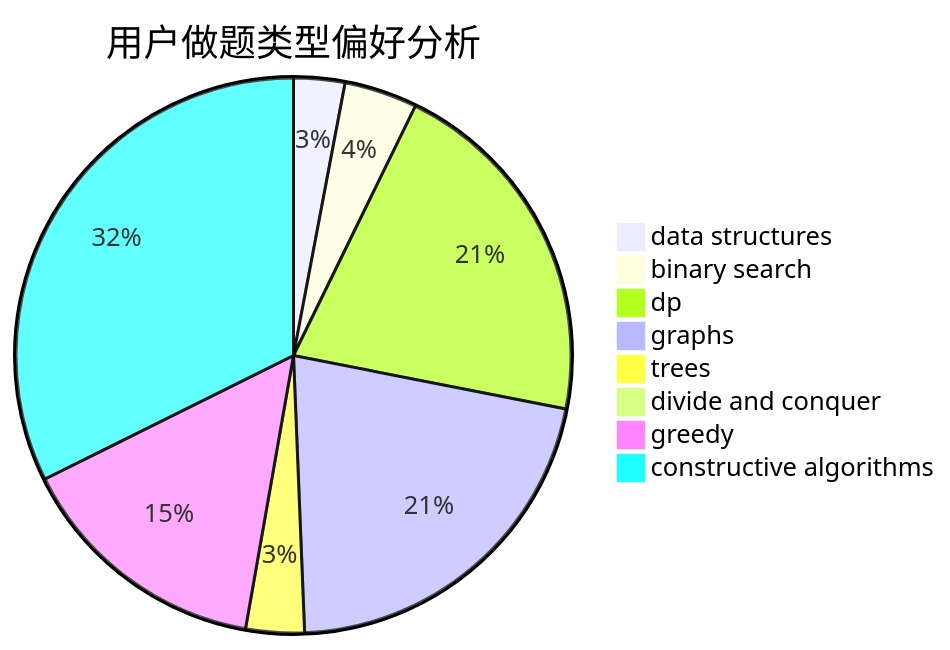
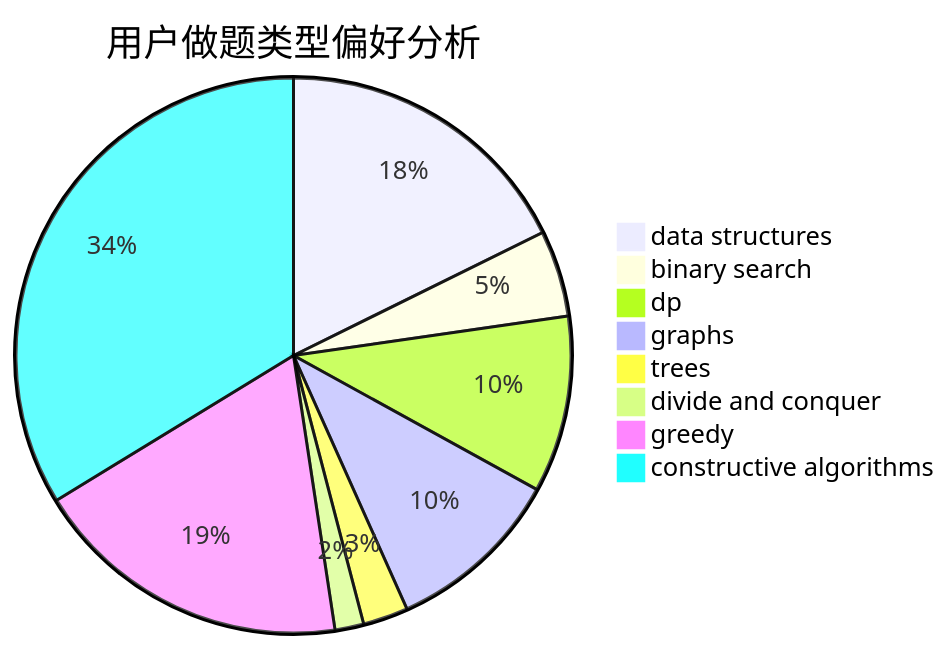
One commit to sherpahu/cfrs.github.io changed the second of 3 diagrams in docs/user/u1844.md. Above: the diagram before and after it, drawn with Mermaid. The commit also changed other lines of this file and 2770 other files, not shown here.

````diff
--- a/docs/user/u1844.md
+++ b/docs/user/u1844.md
@@ -23,11 +23,11 @@
 ```mermaid
 pie title 用户做题类型偏好分析
-    "data structures" :  7
-    "binary search" :  10
-    "dp" :  49
-    "graphs" :  50
-    "trees" :  8
-    "divide and conquer" :  0
-    "greedy" :  35
-    "constructive algorithms" :  76
+    "data structures" :  74
+    "binary search" :  21
+    "dp" :  43
+    "graphs" :  43
+    "trees" :  11
+    "divide and conquer" :  7
+    "greedy" :  78
+    "constructive algorithms" :  141
 ```
````
